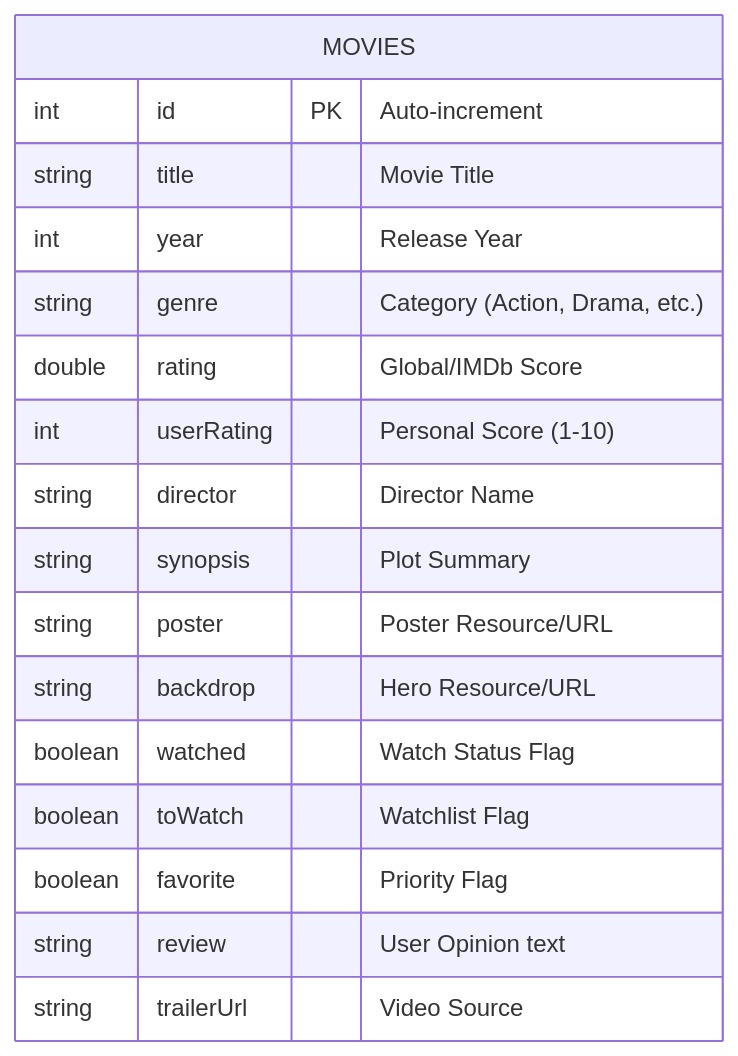
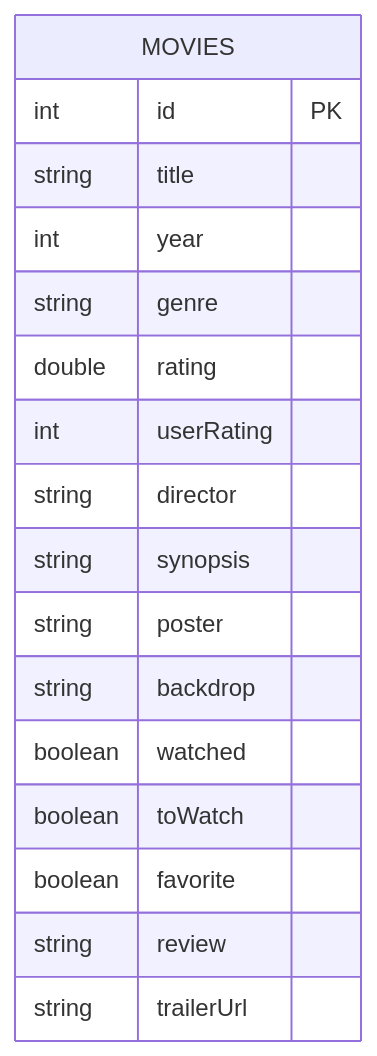
The second of 2 diagrams in README.md (patrykspace/Cine-log), drawn with Mermaid before and after one commit. The commit also changed other lines of this file, not shown here.

````diff
--- a/README.md
+++ b/README.md
@@ -73,20 +95,20 @@
 ```mermaid
 erDiagram
     MOVIES {
-        int id PK "Auto-increment"
-        string title "Movie Title"
-        int year "Release Year"
-        string genre "Category (Action, Drama, etc.)"
-        double rating "Global/IMDb Score"
-        int userRating "Personal Score (1-10)"
-        string director "Director Name"
-        string synopsis "Plot Summary"
-        string poster "Poster Resource/URL"
-        string backdrop "Hero Resource/URL"
-        boolean watched "Watch Status Flag"
-        boolean toWatch "Watchlist Flag"
-        boolean favorite "Priority Flag"
-        string review "User Opinion text"
-        string trailerUrl "Video Source"
+        int id PK
+        string title
+        int year
+        string genre
+        double rating
+        int userRating
+        string director
+        string synopsis
+        string poster
+        string backdrop
+        boolean watched
+        boolean toWatch
+        boolean favorite
+        string review
+        string trailerUrl
     }
 ```
````
